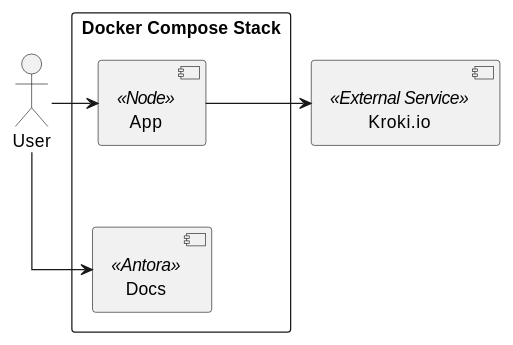
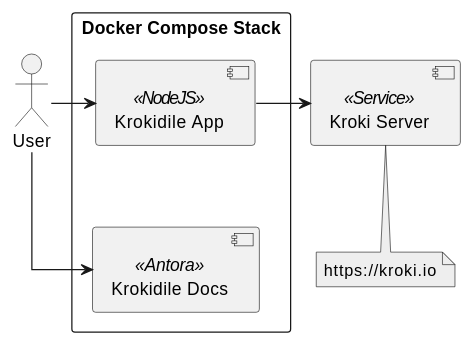
Before and after one commit to sommerfeld-io-archive/krokidile: the diagram in README.adoc, drawn with PlantUML.

Commit message:
docs: [Actions Bot] generate docs

```diff
--- a/README.adoc
+++ b/README.adoc
@@ -94,29 +94,31 @@
 [plantuml, puml-build-image, svg]
 ----
 @startuml
 
 skinparam linetype ortho
 skinparam monochrome false
 skinparam componentStyle uml2
 skinparam backgroundColor transparent
+skinparam NoteBackgroundColor #eee
 skinparam activity {
     'FontName Ubuntu
     FontName Roboto
 }
 
 actor User
-component Kroki as "Kroki.io" <<External Service>>
+component kroki as "Kroki Server" <<Service>>
+note bottom of kroki: https://kroki.io
 
 rectangle dc as "Docker Compose Stack" {
-    component App <<Node>>
-    component Docs <<Antora>>
+    component app as "Krokidile App" <<NodeJS>>
+    component docs as "Krokidile Docs" <<Antora>>
 }
 
-User -right-> App
-App -right-> Kroki
+User -right-> app
+app -right-> kroki
 
-User -right-> Docs
-Docs -[hidden]up-> App
+User -right-> docs
+docs -[hidden]up-> app
 
 @enduml
 ----
```
